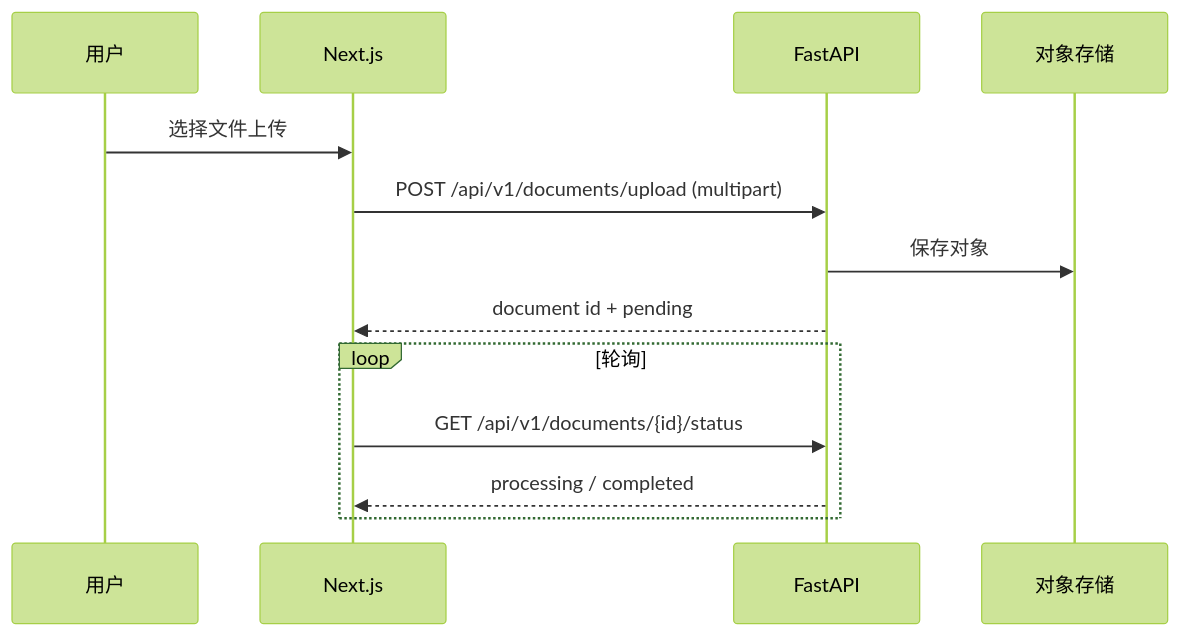
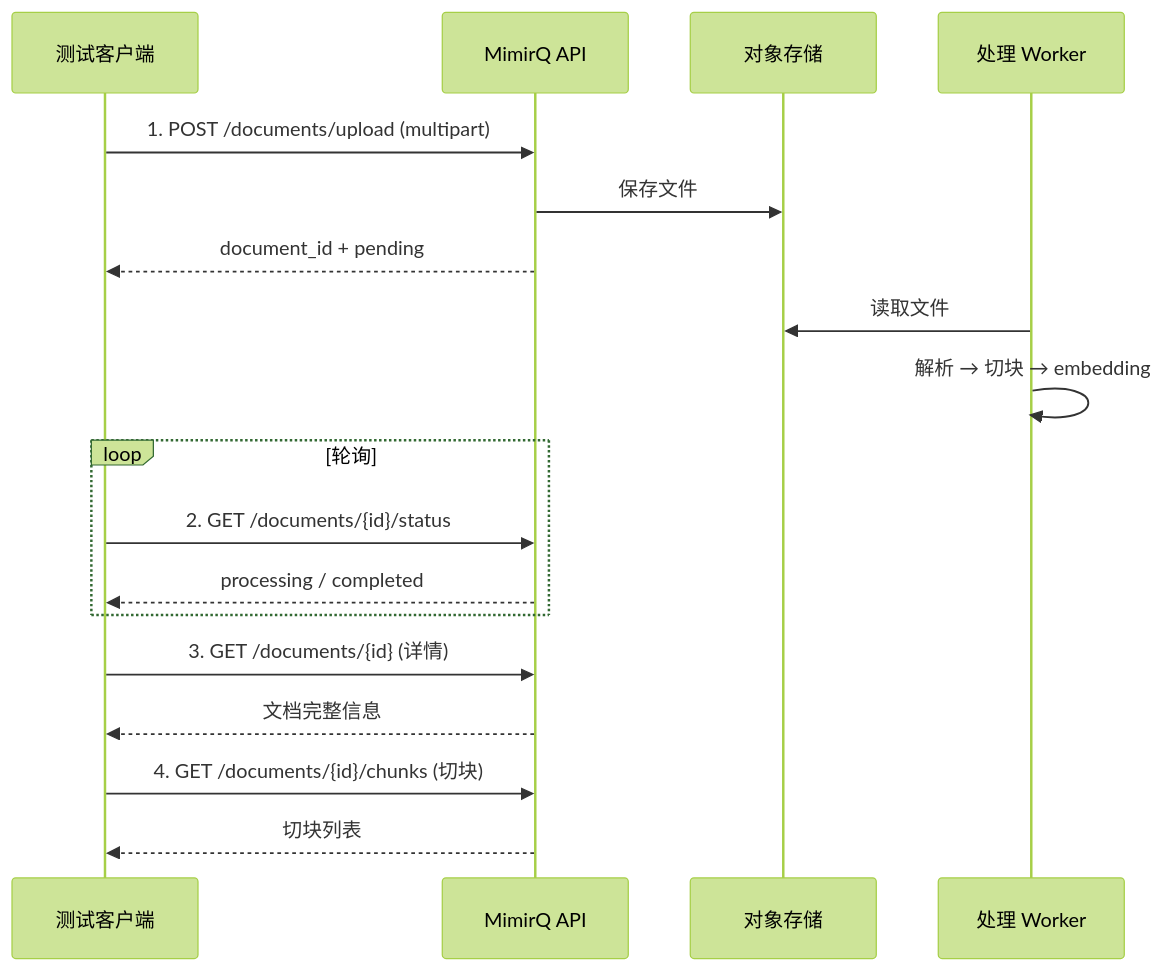
One commit to skygazer42/MimirQ changed the diagram in docs-site/docs/integration/documents/e2e.md. Above: the diagram before and after it, drawn with Mermaid (forest theme). The commit also changed other lines of this file and 134 other files, not shown here.

````diff
--- a/docs-site/docs/integration/documents/e2e.md
+++ b/docs-site/docs/integration/documents/e2e.md
@@ -10,15 +12,25 @@
 ```mermaid
 sequenceDiagram
-  participant U as 用户
-  participant FE as Next.js
-  participant API as FastAPI
-  participant Store as 对象存储
-  U->>FE: 选择文件上传
-  FE->>API: POST /api/v1/documents/upload (multipart)
-  API->>Store: 保存对象
-  API-->>FE: document id + pending
-  loop 轮询
-    FE->>API: GET /api/v1/documents/{id}/status
-    API-->>FE: processing / completed
-  end
+    participant Client as 测试客户端
+    participant API as MimirQ API
+    participant Store as 对象存储
+    participant Worker as 处理 Worker
+
+    Client->>API: 1. POST /documents/upload (multipart)
+    API->>Store: 保存文件
+    API-->>Client: document_id + pending
+
+    Worker->>Store: 读取文件
+    Worker->>Worker: 解析 → 切块 → embedding
+
+    loop 轮询
+        Client->>API: 2. GET /documents/{id}/status
+        API-->>Client: processing / completed
+    end
+
+    Client->>API: 3. GET /documents/{id} (详情)
+    API-->>Client: 文档完整信息
+
+    Client->>API: 4. GET /documents/{id}/chunks (切块)
+    API-->>Client: 切块列表
 ```
````
